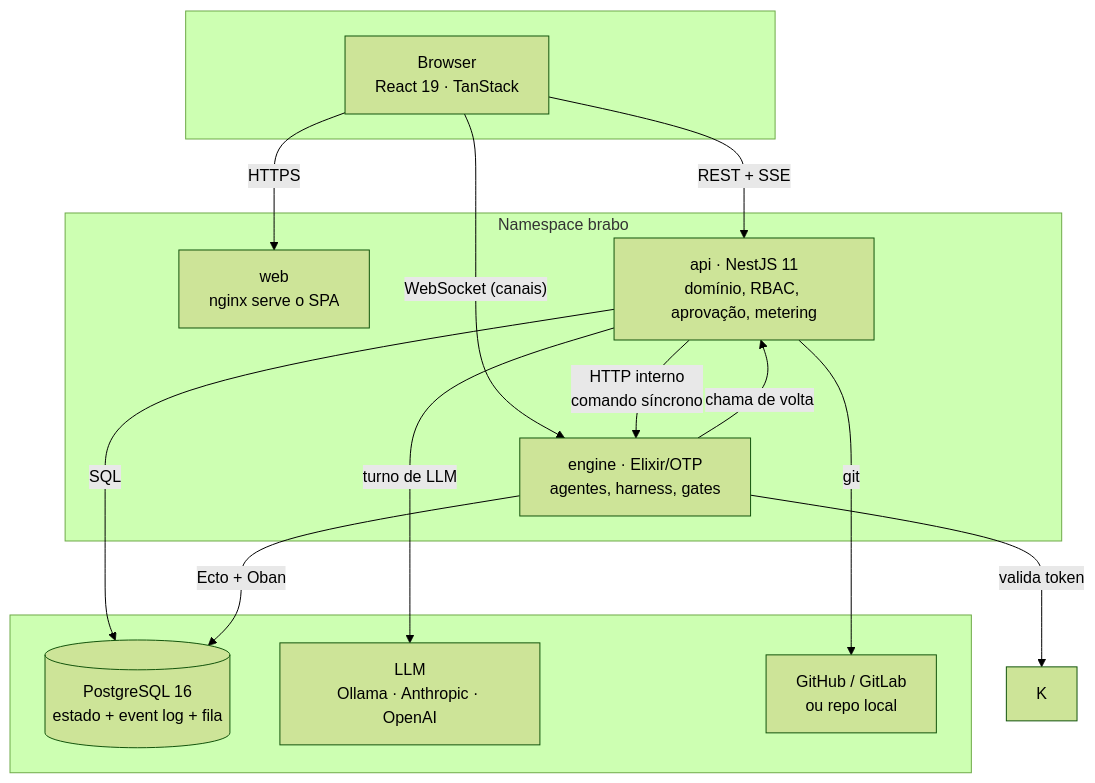
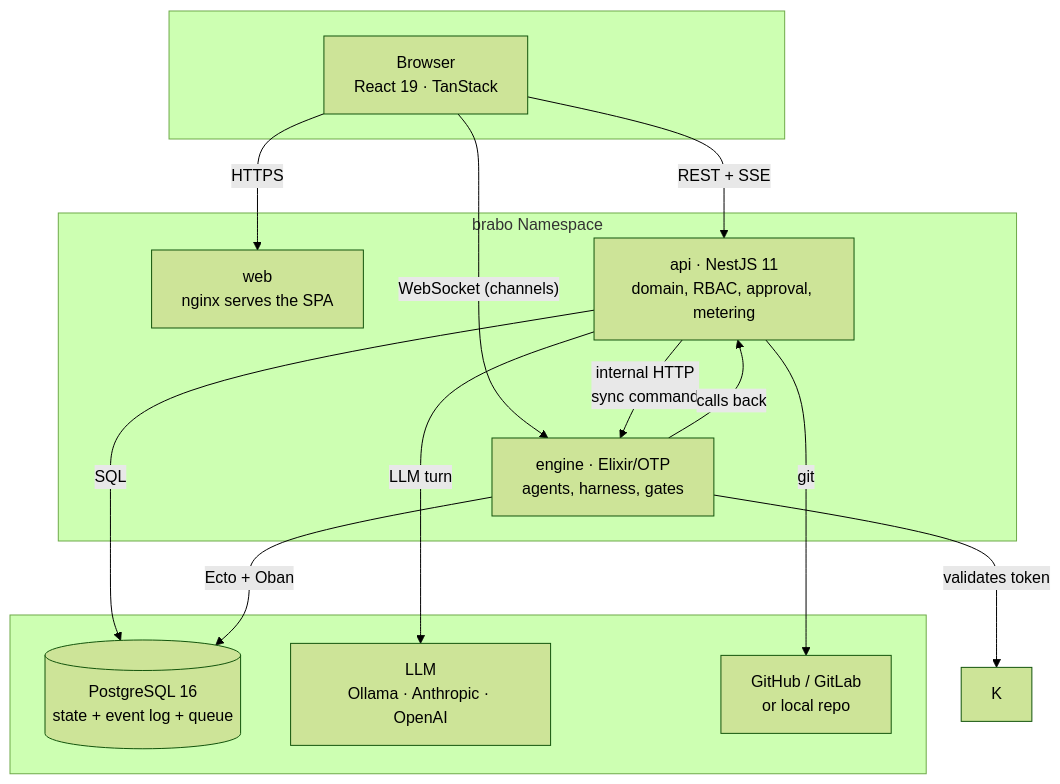
The first of 3 diagrams in docs/architecture.md (daneiel/brabo), drawn with Mermaid (forest theme) before and after one commit. The commit also changed other lines of this file and 303 other files, not shown here.

````diff
--- a/docs/architecture.md
+++ b/docs/architecture.md
@@ -33,29 +36,29 @@
 ```mermaid
 graph TB
   subgraph cliente[" "]
     B["Browser<br/>React 19 · TanStack"]
   end
 
-  subgraph brabo["Namespace brabo"]
-    W["web<br/>nginx serve o SPA"]
-    A["api · NestJS 11<br/>domínio, RBAC, aprovação, metering"]
-    E["engine · Elixir/OTP<br/>agentes, harness, gates"]
+  subgraph brabo["brabo Namespace"]
+    W["web<br/>nginx serves the SPA"]
+    A["api · NestJS 11<br/>domain, RBAC, approval, metering"]
+    E["engine · Elixir/OTP<br/>agents, harness, gates"]
   end
 
   subgraph externo[" "]
-    P[("PostgreSQL 16<br/>estado + event log + fila")]
+    P[("PostgreSQL 16<br/>state + event log + queue")]
     L["LLM<br/>Ollama · Anthropic · OpenAI"]
-    G["GitHub / GitLab<br/>ou repo local"]
+    G["GitHub / GitLab<br/>or local repo"]
   end
 
   B -->|"HTTPS"| W
   B -->|"REST + SSE"| A
-  B -->|"WebSocket (canais)"| E
+  B -->|"WebSocket (channels)"| E
   A -->|"SQL"| P
-  A -->|"HTTP interno<br/>comando síncrono"| E
-  A -->|"turno de LLM"| L
+  A -->|"internal HTTP<br/>sync command"| E
+  A -->|"LLM turn"| L
   A -->|"git"| G
   E -->|"Ecto + Oban"| P
-  E -->|"chama de volta"| A
-  E -->|"valida token"| K
+  E -->|"calls back"| A
+  E -->|"validates token"| K
 ```
````
